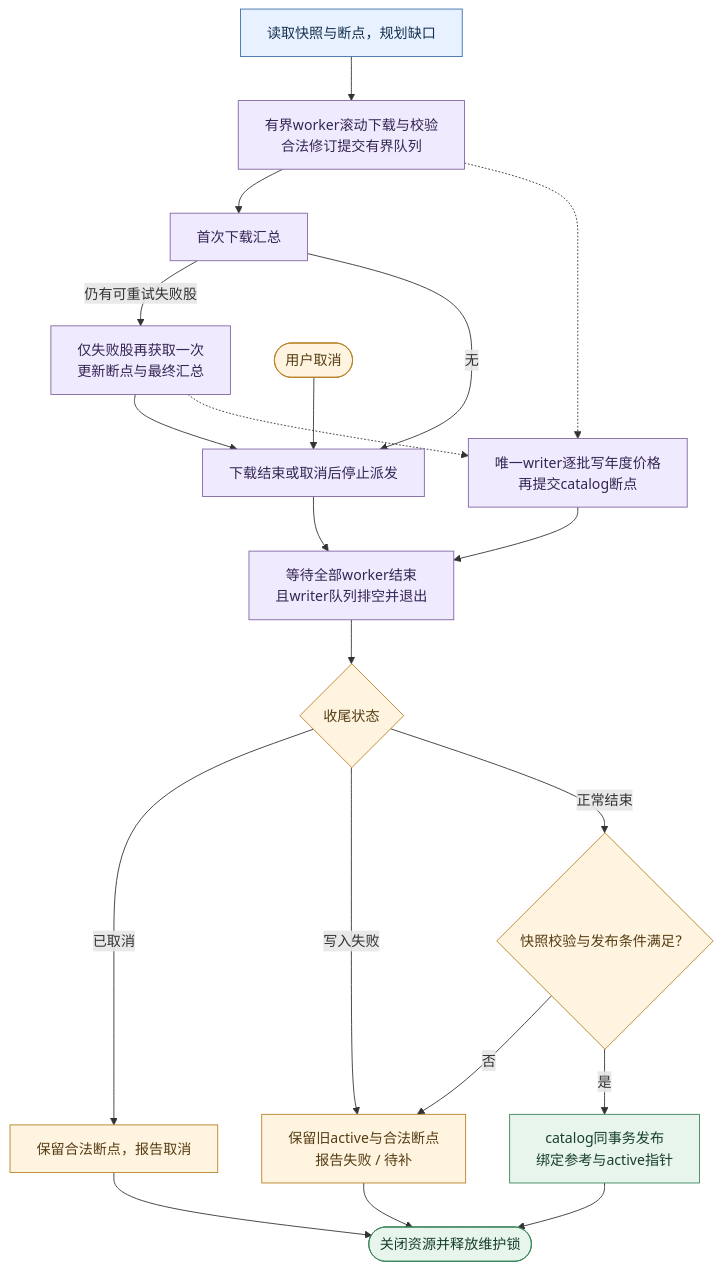
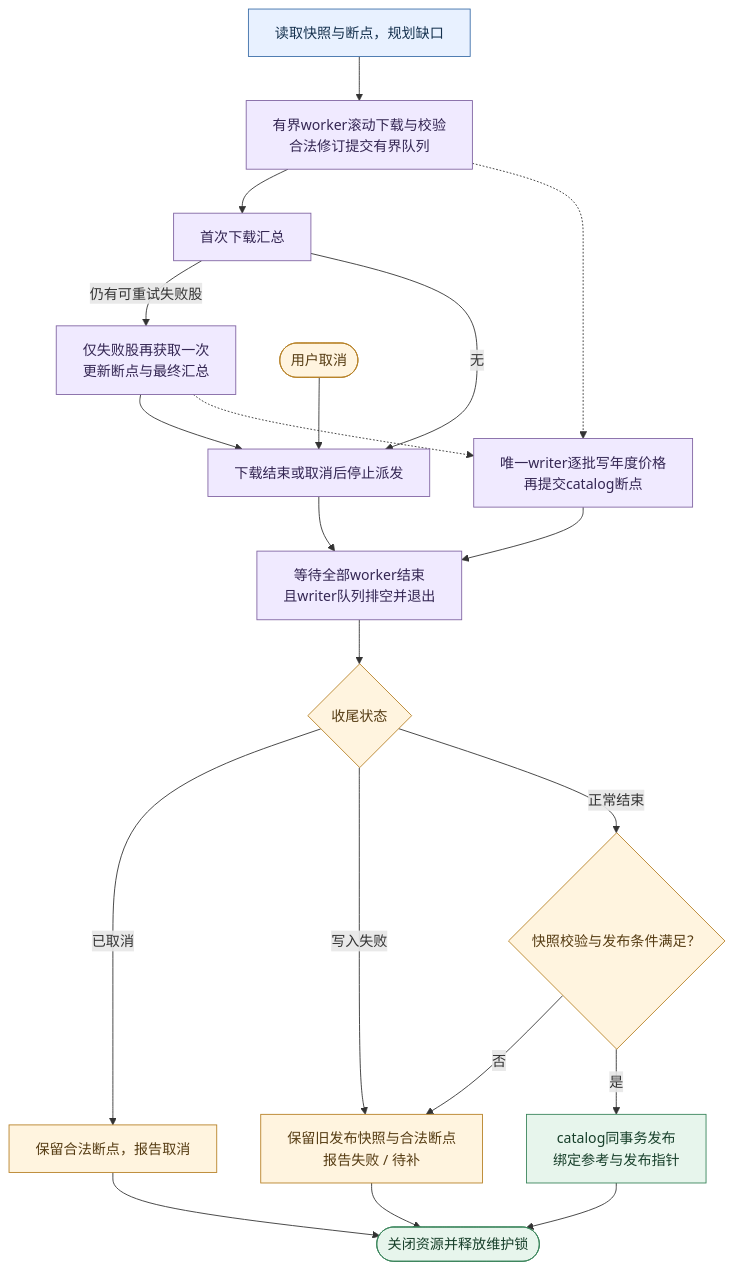
The second of 3 diagrams in docs/4_下载训练.md (373699756/trader), drawn with Mermaid before and after one commit. The commit also changed other lines of this file and 134 other files, not shown here.

````diff
--- a/docs/4_下载训练.md
+++ b/docs/4_下载训练.md
@@ -317,30 +316,30 @@
 ```mermaid
 flowchart TD
     Plan["读取快照与断点，规划缺口"] --> Work["有界worker滚动下载与校验<br/>合法修订提交有界队列"]
     Work --> Summary["首次下载汇总"]
     Summary -->|仍有可重试失败股| Retry["仅失败股再获取一次<br/>更新断点与最终汇总"]
     Summary -->|无| Stop["下载结束或取消后停止派发"]
     Retry --> Stop
     Cancel(["用户取消"]) --> Stop
     Work -.-> Writer["唯一writer逐批写年度价格<br/>再提交catalog断点"]
     Retry -.-> Writer
     Stop --> Join["等待全部worker结束<br/>且writer队列排空并退出"]
     Writer --> Join
     Join --> State{"收尾状态"}
     State -->|已取消| Cancelled["保留合法断点，报告取消"]
-    State -->|写入失败| Pending["保留旧active与合法断点<br/>报告失败 / 待补"]
+    State -->|写入失败| Pending["保留旧发布快照与合法断点<br/>报告失败 / 待补"]
     State -->|正常结束| Verify{"快照校验与发布条件满足？"}
     Verify -->|否| Pending
-    Verify -->|是| Publish["catalog同事务发布<br/>绑定参考与active指针"]
+    Verify -->|是| Publish["catalog同事务发布<br/>绑定参考与发布指针"]
     Publish --> Exit(["关闭资源并释放维护锁"])
     Pending --> Exit
     Cancelled --> Exit
     classDef input fill:#e8f1ff,stroke:#3b6ea8,color:#16324f;
     classDef work fill:#f0eaff,stroke:#8064a2,color:#342653;
     classDef result fill:#e7f5ec,stroke:#39845a,color:#173f2a;
     classDef gate fill:#fff4df,stroke:#b78126,color:#563c13;
     class Plan input;
     class Work,Summary,Retry,Writer,Stop,Join work;
     class Publish,Exit result;
     class State,Verify,Pending,Cancel,Cancelled gate;
 ```
````
